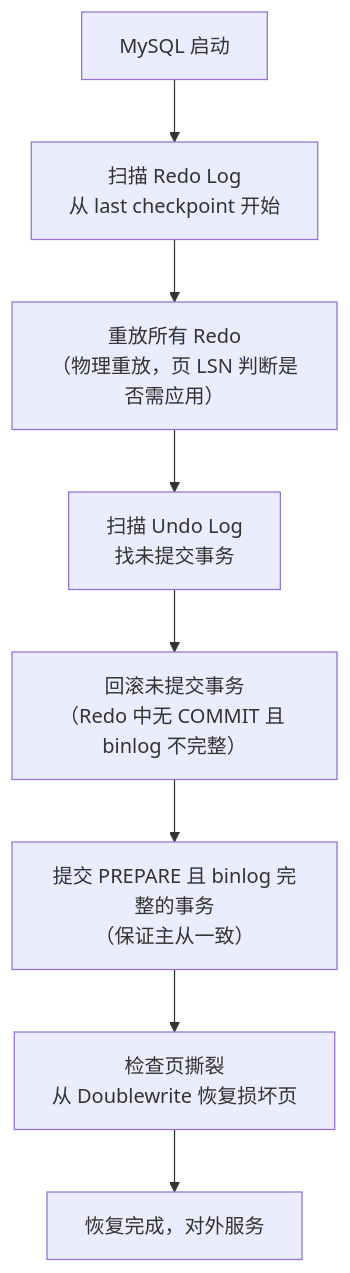
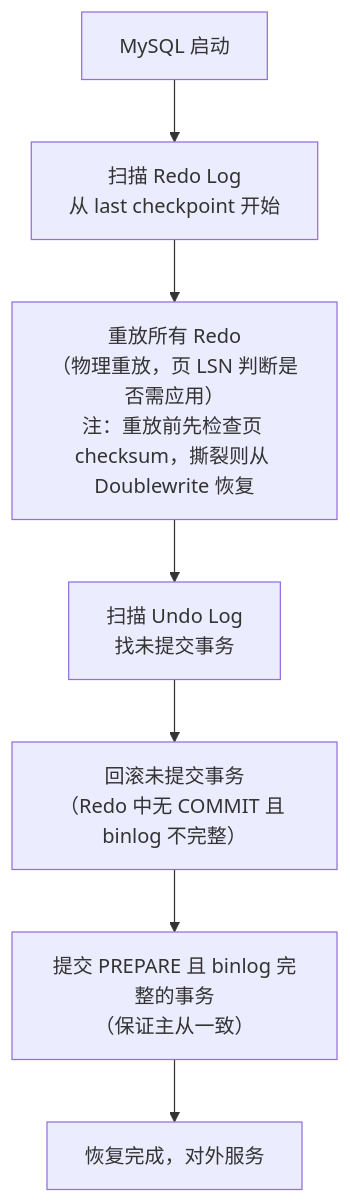
Before and after one commit to yintp/glory: the fourth of 4 diagrams in middleware/mysql/05-storage/innodb-engine.md, drawn with Mermaid. The commit also changed other lines of this file, not shown here.

````diff
--- a/middleware/mysql/05-storage/innodb-engine.md
+++ b/middleware/mysql/05-storage/innodb-engine.md
@@ -434,10 +432,9 @@
 ```mermaid
 flowchart TD
     A["MySQL 启动"] --> B["扫描 Redo Log<br/>从 last checkpoint 开始"]
-    B --> C["重放所有 Redo<br/>（物理重放，页 LSN 判断是否需应用）"]
+    B --> C["重放所有 Redo<br/>（物理重放，页 LSN 判断是否需应用）<br/>注：重放前先检查页 checksum，撕裂则从 Doublewrite 恢复"]
     C --> D["扫描 Undo Log<br/>找未提交事务"]
     D --> E["回滚未提交事务<br/>（Redo 中无 COMMIT 且 binlog 不完整）"]
     E --> F["提交 PREPARE 且 binlog 完整的事务<br/>（保证主从一致）"]
-    F --> G["检查页撕裂<br/>从 Doublewrite 恢复损坏页"]
-    G --> H["恢复完成，对外服务"]
+    F --> G["恢复完成，对外服务"]
 ```
````
